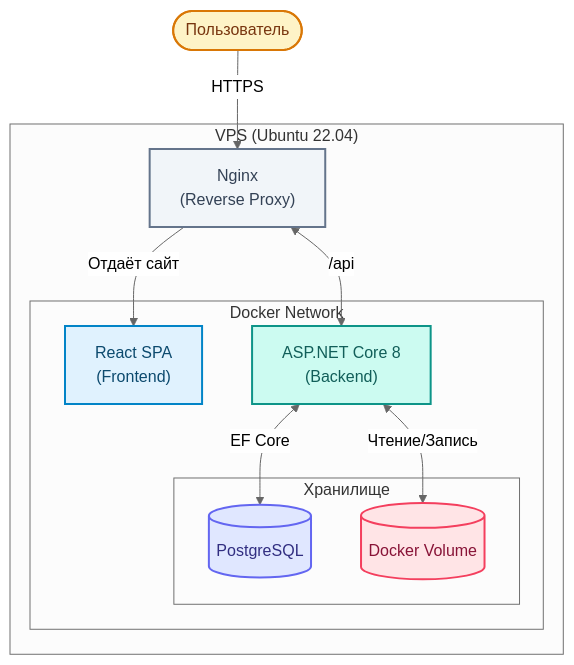
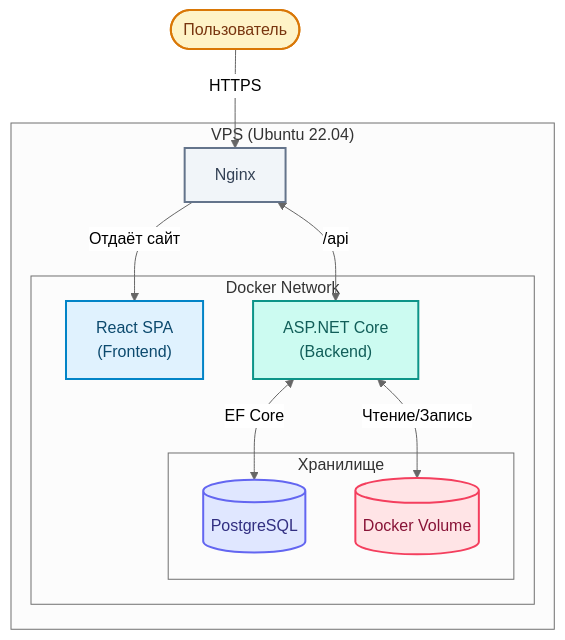
One commit to Digital-SGN/StudentCouncilPlatform changed the first of 2 diagrams in README.md. Above: the diagram before and after it, drawn with Mermaid (neutral theme).

````diff
--- a/README.md
+++ b/README.md
@@ -60,39 +60,39 @@
 ```mermaid
 flowchart TD
     User([Пользователь])
     
     subgraph VPS ["VPS (Ubuntu 22.04)"]
-        Nginx["Nginx<br/>(Reverse Proxy)"]
+        Nginx["Nginx"]
         
         subgraph Docker ["Docker Network"]
             Frontend["React SPA<br/>(Frontend)"]
-            Backend["ASP.NET Core 8<br/>(Backend)"]
+            Backend["ASP.NET Core<br/>(Backend)"]
             
             subgraph Storage ["Хранилище"]
                 DB[("PostgreSQL")]
                 Vol[("Docker Volume")]
             end
         end
     end
 
     User -->|HTTPS| Nginx
     Nginx -->|Отдаёт сайт| Frontend
     Nginx <-->|/api| Backend
     
     Backend <-->|EF Core| DB
     Backend <-->|Чтение/Запись| Vol
 
     classDef user fill:#fef3c7,stroke:#d97706,stroke-width:2px,color:#78350f;
     classDef infra fill:#f1f5f9,stroke:#64748b,stroke-width:2px,color:#334155;
     classDef frontend fill:#e0f2fe,stroke:#0284c7,stroke-width:2px,color:#0c4a6e;
     classDef backend fill:#ccfbf1,stroke:#0d9488,stroke-width:2px,color:#115e59;
     classDef db fill:#e0e7ff,stroke:#6366f1,stroke-width:2px,color:#312e81;
     classDef vol fill:#ffe4e6,stroke:#f43f5e,stroke-width:2px,color:#881337;
 
     class User user;
     class Nginx infra;
     class Frontend frontend;
     class Backend backend;
     class DB db;
     class Vol vol;
 ```
````
